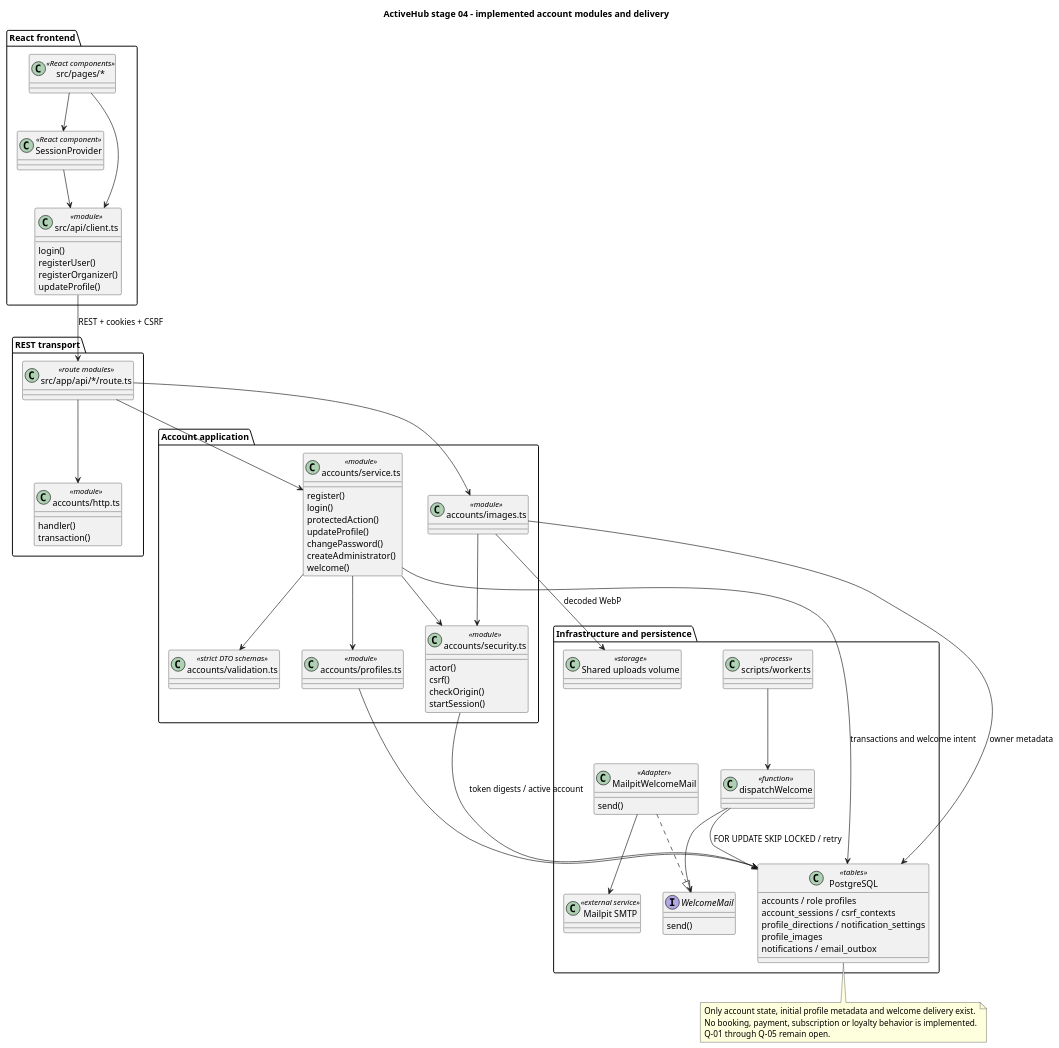
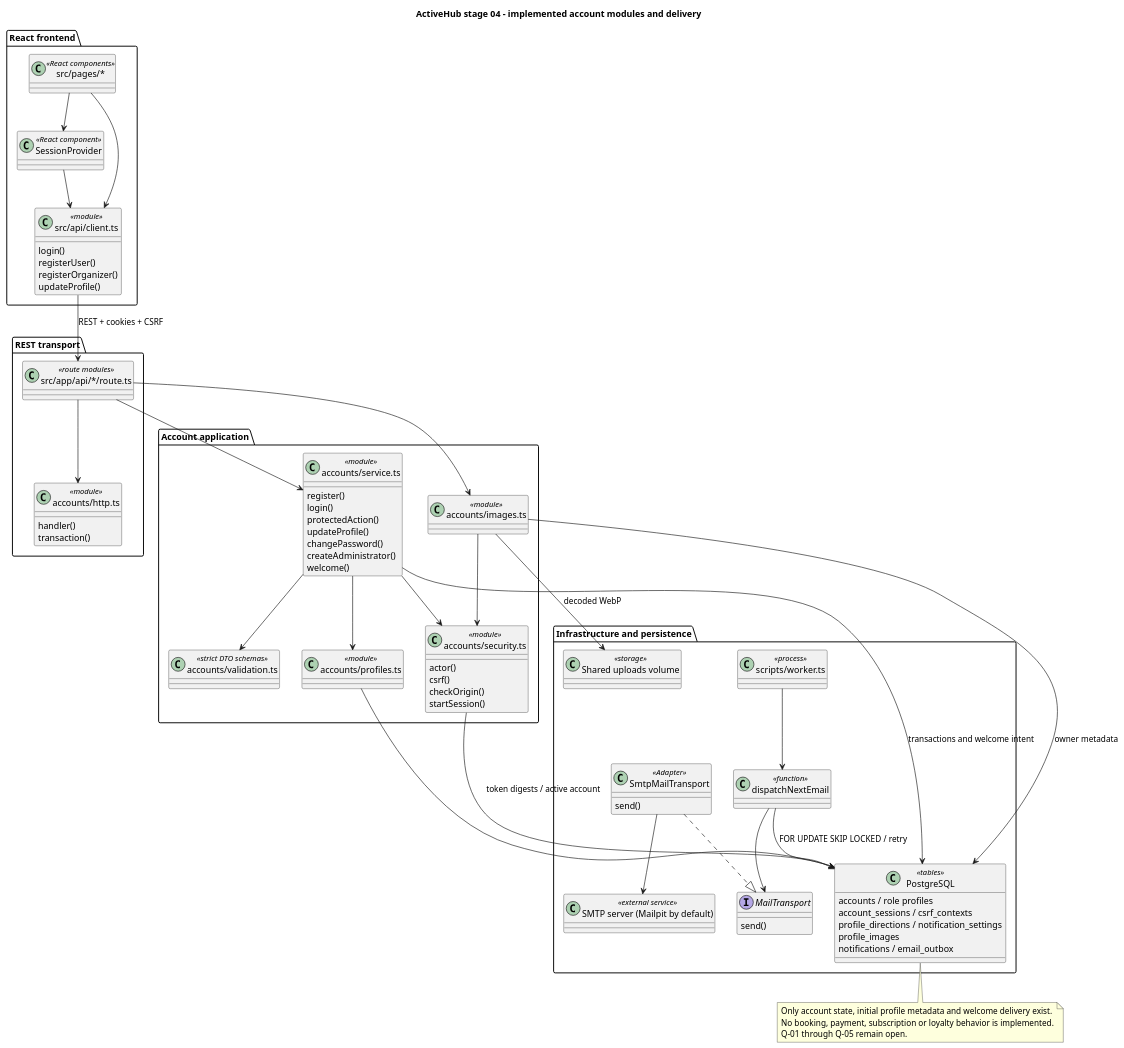
One commit to Vitaliiir16/activehub-backend changed the diagram in docs/diagrams/accounts-current.puml. Above: the diagram before and after it, drawn with PlantUML. The commit also changed 10 other files, not shown here.

```diff
--- a/docs/diagrams/accounts-current.puml
+++ b/docs/diagrams/accounts-current.puml
@@ -1,86 +1,86 @@
 @startuml
 skinparam shadowing false
 title ActiveHub stage 04 - implemented account modules and delivery
 package "React frontend" {
  class "src/pages/*" as Pages <<React components>>
  class SessionProvider <<React component>>
  class "src/api/client.ts" as Client <<module>> {
   login()
   registerUser()
   registerOrganizer()
   updateProfile()
  }
 }
 package "REST transport" {
  class "src/app/api/*/route.ts" as Routes <<route modules>>
  class "accounts/http.ts" as Http <<module>> {
   handler()
   transaction()
  }
 }
 package "Account application" {
  class "accounts/service.ts" as Accounts <<module>> {
   register()
   login()
   protectedAction()
   updateProfile()
   changePassword()
   createAdministrator()
   welcome()
  }
  class "accounts/security.ts" as Security <<module>> {
   actor()
   csrf()
   checkOrigin()
   startSession()
  }
  class "accounts/validation.ts" as Validation <<strict DTO schemas>>
  class "accounts/profiles.ts" as Profiles <<module>>
  class "accounts/images.ts" as Images <<module>>
 }
 package "Infrastructure and persistence" {
  class "PostgreSQL" as DB <<tables>> {
   accounts / role profiles
   account_sessions / csrf_contexts
   profile_directions / notification_settings
   profile_images
   notifications / email_outbox
  }
  class "scripts/worker.ts" as Worker <<process>>
- class dispatchWelcome <<function>>
- interface WelcomeMail {
+ class dispatchNextEmail <<function>>
+ interface MailTransport {
   send()
  }
- class MailpitWelcomeMail <<Adapter>> {
+ class SmtpMailTransport <<Adapter>> {
   send()
  }
- class "Mailpit SMTP" as SMTP <<external service>>
+ class "SMTP server (Mailpit by default)" as SMTP <<external service>>
  class "Shared uploads volume" as Files <<storage>>
 }
 Pages --> SessionProvider
 Pages --> Client
 SessionProvider --> Client
 Client --> Routes : REST + cookies + CSRF
 Routes --> Http
 Routes --> Accounts
 Routes --> Images
 Accounts --> Security
 Accounts --> Validation
 Accounts --> Profiles
 Accounts --> DB : transactions and welcome intent
 Security --> DB : token digests / active account
 Profiles --> DB
 Images --> Security
 Images --> DB : owner metadata
 Images --> Files : decoded WebP
-Worker --> dispatchWelcome
-dispatchWelcome --> DB : FOR UPDATE SKIP LOCKED / retry
-dispatchWelcome --> WelcomeMail
-MailpitWelcomeMail ..|> WelcomeMail
-MailpitWelcomeMail --> SMTP
+Worker --> dispatchNextEmail
+dispatchNextEmail --> DB : FOR UPDATE SKIP LOCKED / retry
+dispatchNextEmail --> MailTransport
+SmtpMailTransport ..|> MailTransport
+SmtpMailTransport --> SMTP
 note bottom of DB
 Only account state, initial profile metadata and welcome delivery exist.
 No booking, payment, subscription or loyalty behavior is implemented.
 Q-01 through Q-05 remain open.
 end note
 @enduml
```
